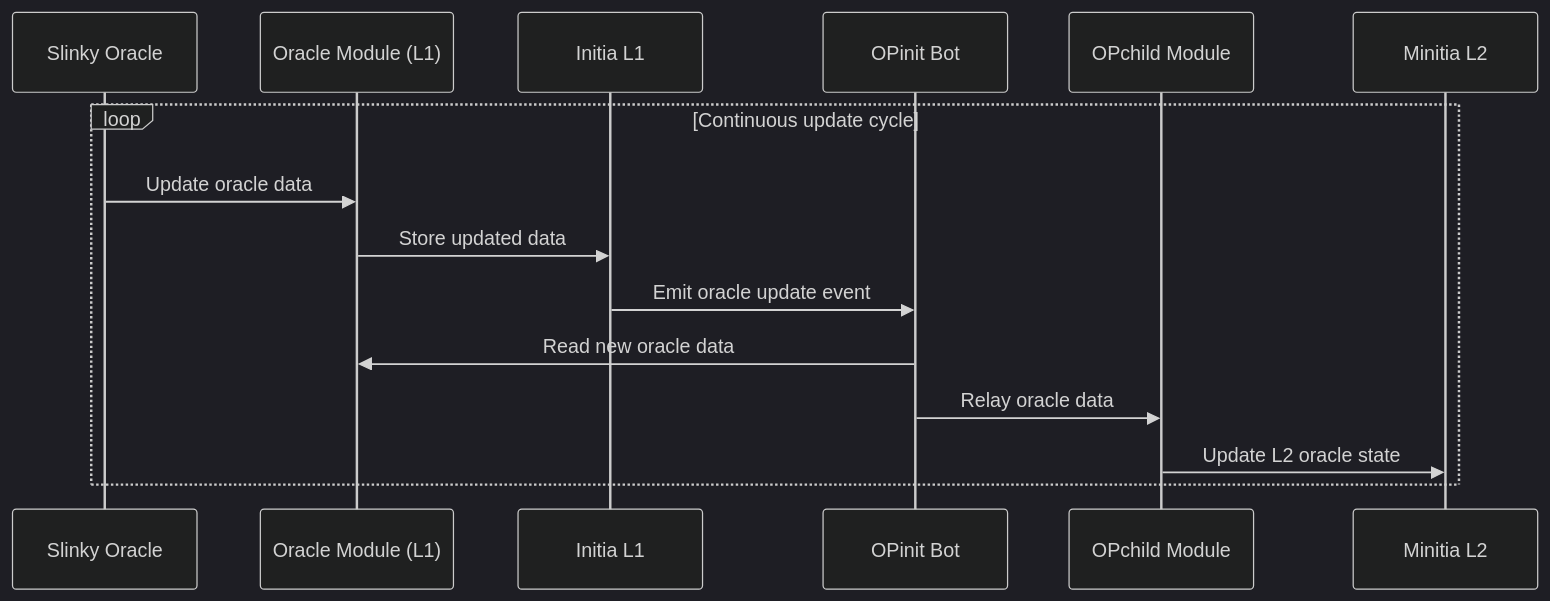
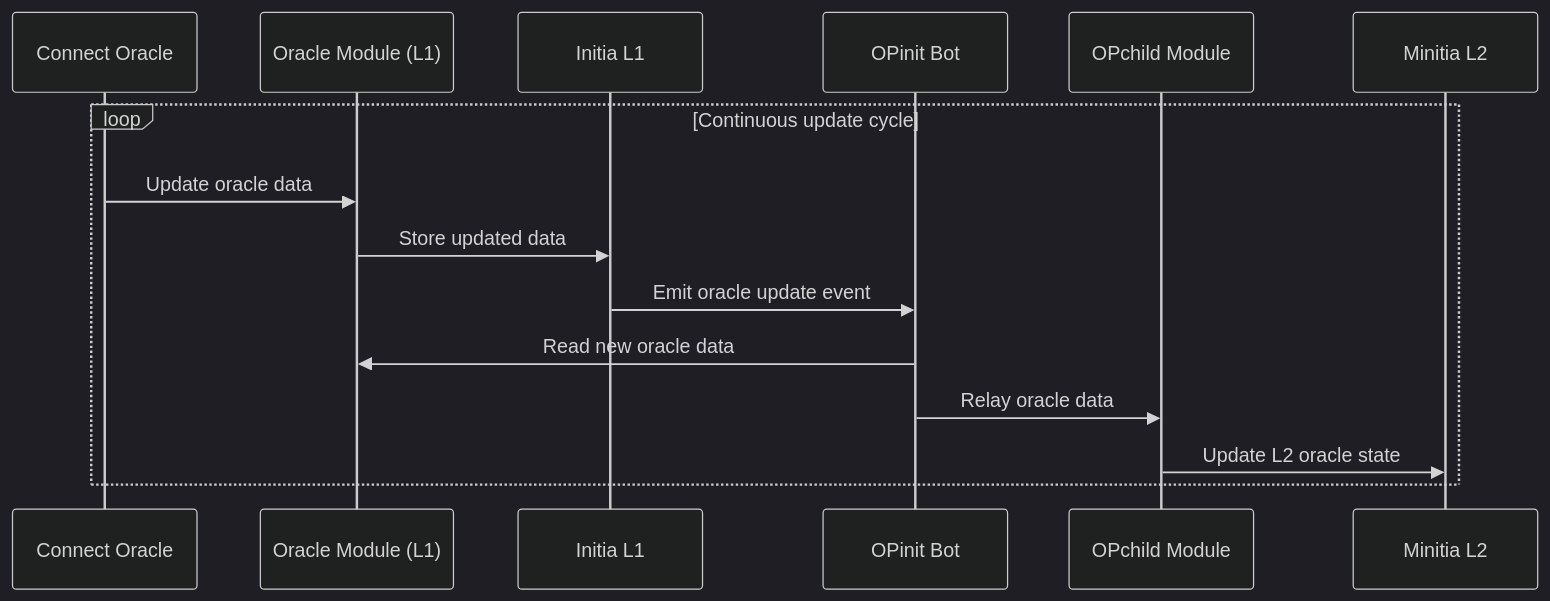
The diagram in home/technical-architecture/opinit-framework/action-flows/oracle-data-relay.mdx (initia-labs/docs), drawn with Mermaid (dark theme) before and after one commit. The commit also changed 21 other files, not shown here.

Commit message:
feat: update slinky oracle to connect v2

````diff
--- a/home/technical-architecture/opinit-framework/action-flows/oracle-data-relay.mdx
+++ b/home/technical-architecture/opinit-framework/action-flows/oracle-data-relay.mdx
@@ -5,18 +5,18 @@
 ```mermaid
 sequenceDiagram
-    participant SO as Slinky Oracle
+    participant SO as Connect Oracle
     participant ORM as Oracle Module (L1)
     participant IL1 as Initia L1
     participant OPB as OPinit Bot
     participant OPC as OPchild Module
     participant ML2 as Minitia L2
 
     loop Continuous update cycle
         SO->>ORM: Update oracle data
         ORM->>IL1: Store updated data
         IL1->>OPB: Emit oracle update event
         OPB->>ORM: Read new oracle data
         OPB->>OPC: Relay oracle data
         OPC->>ML2: Update L2 oracle state
     end
 ```
````
